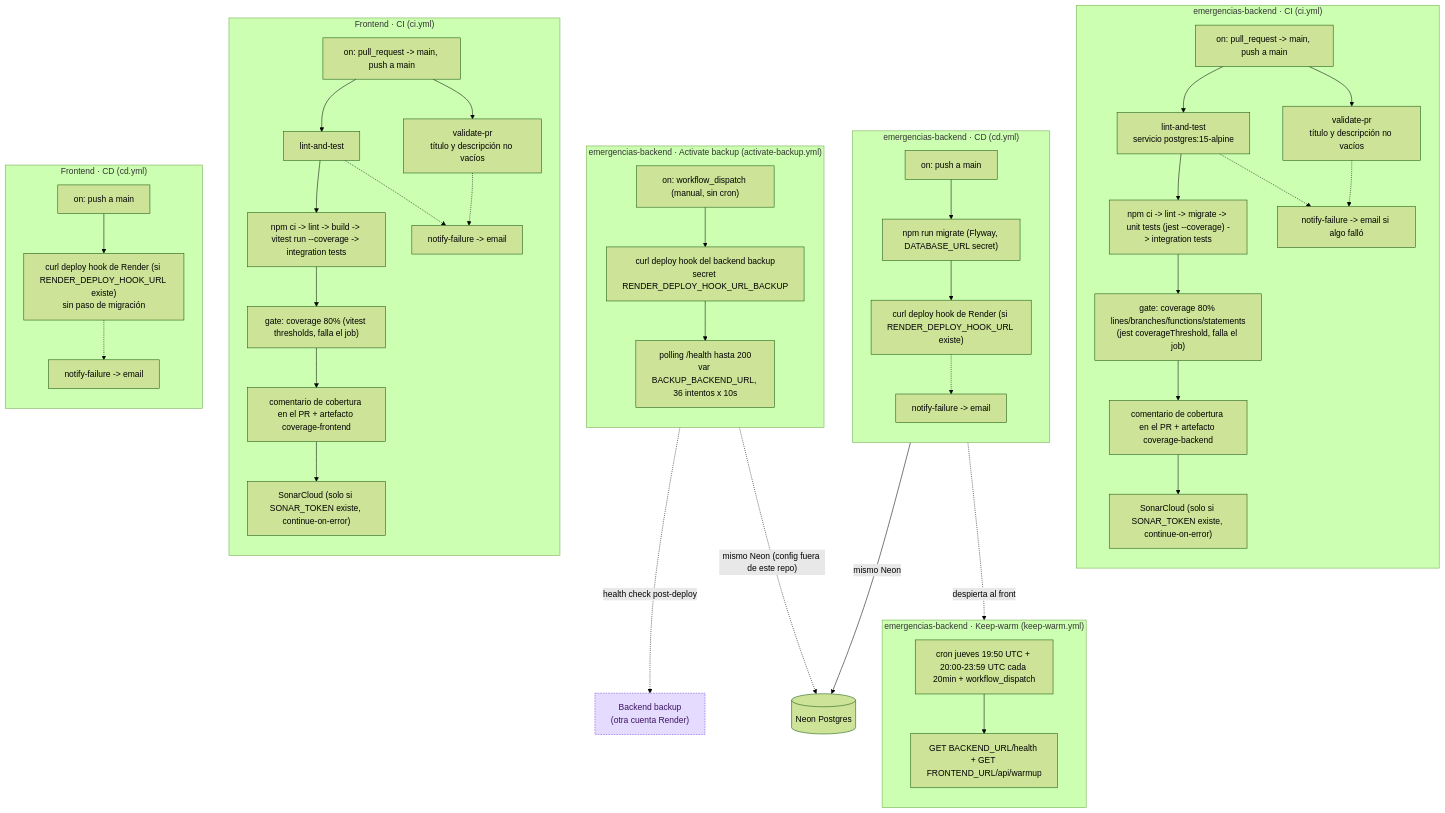
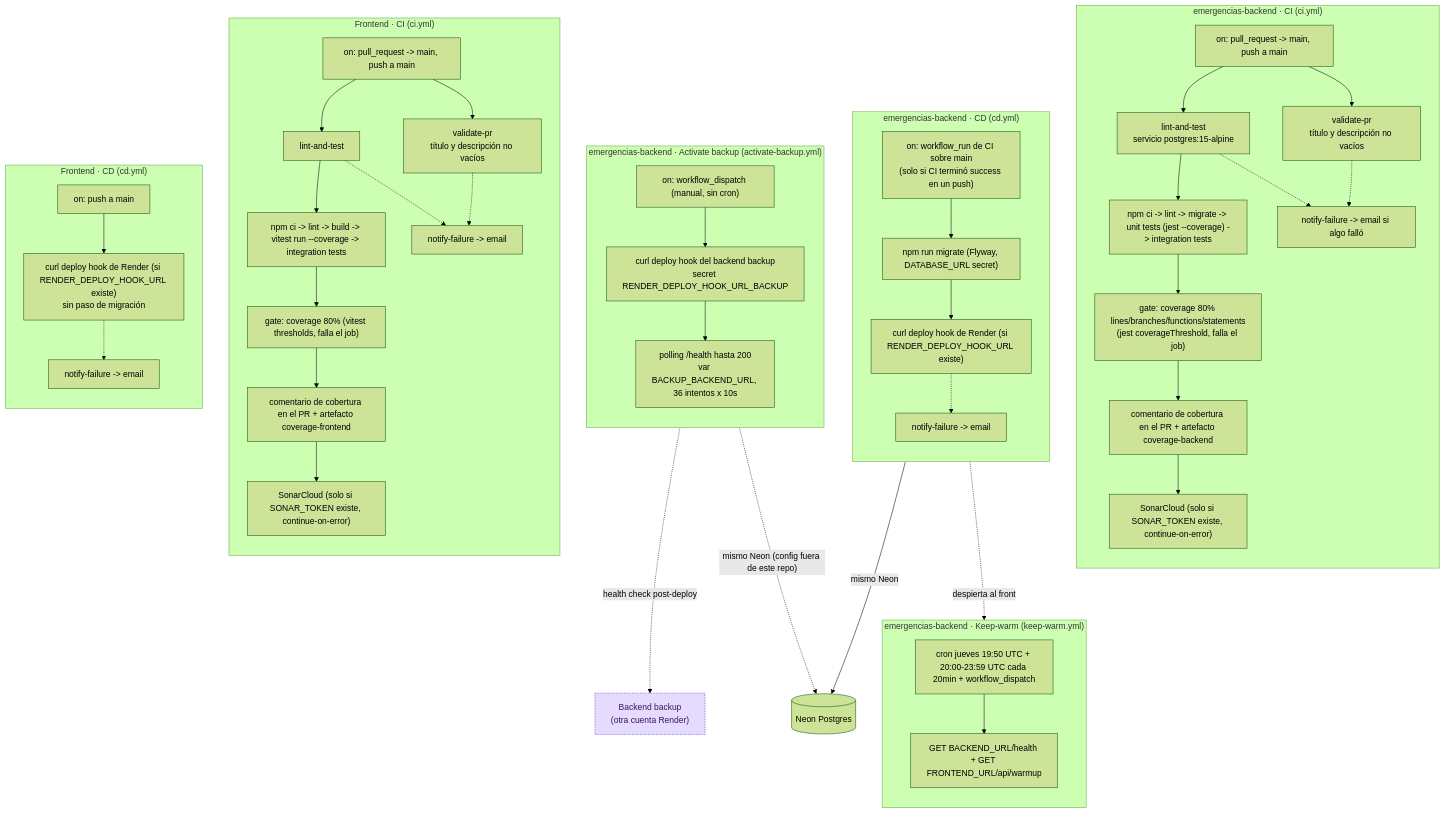
The diagram in docs/diagramas/07-ci-cd.md (G6D2/emergencias-backend), drawn with Mermaid (forest theme) before and after one commit. The commit also changed other lines of this file and 13 other files, not shown here.

First line of the commit message:
docs: README y diagramas alineados con main

```diff
--- a/docs/diagramas/07-ci-cd.md
+++ b/docs/diagramas/07-ci-cd.md
@@ -25,7 +25,7 @@
 
     subgraph backendCD["emergencias-backend · CD (cd.yml)"]
         direction TB
-        bCdTrigger["on: push a main"]
+        bCdTrigger["on: workflow_run de CI sobre main<br/>(solo si CI terminó success en un push)"]
         bMigrate["npm run migrate (Flyway, DATABASE_URL secret)"]
         bDeploy["curl deploy hook de Render (si RENDER_DEPLOY_HOOK_URL existe)"]
         bCdNotify["notify-failure -> email"]
```
